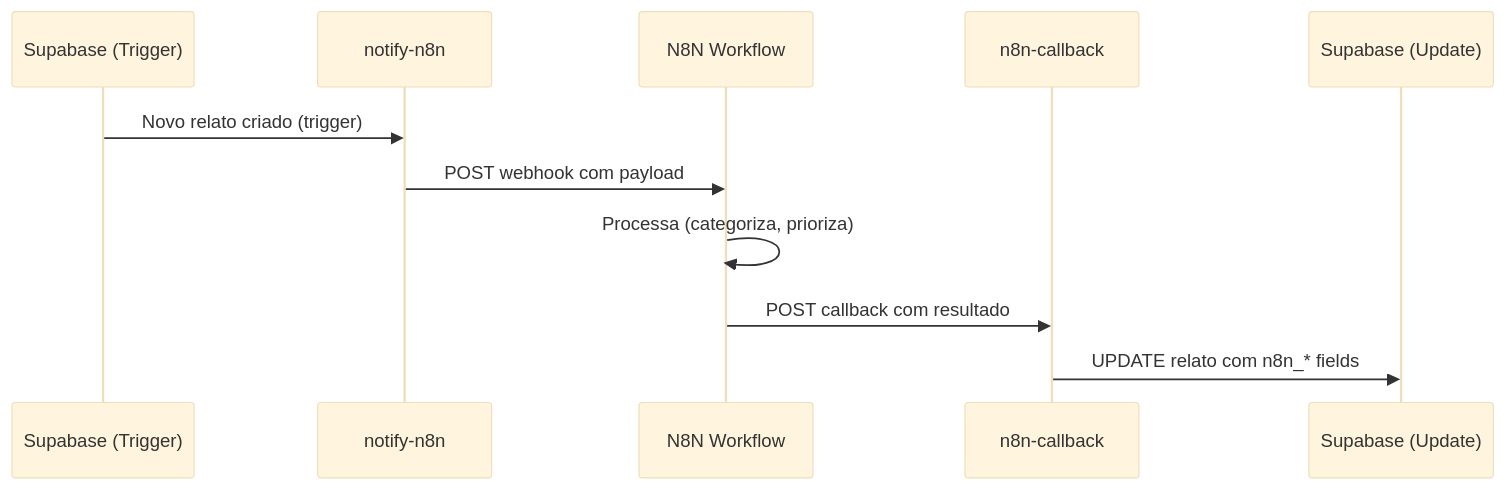
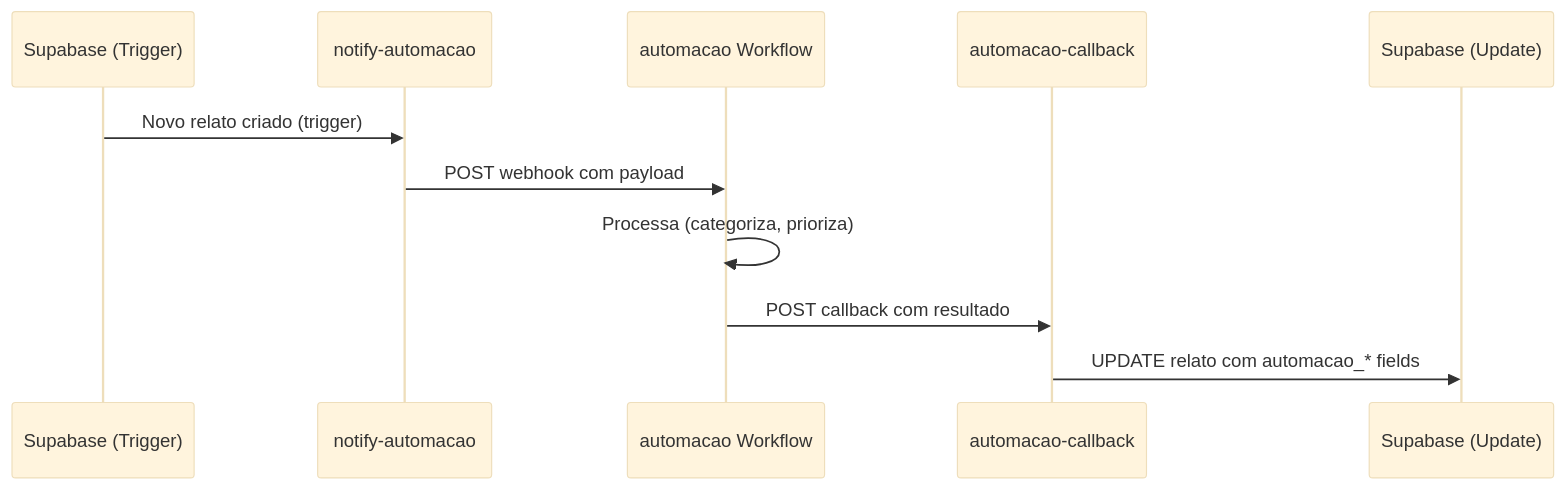
Before and after one commit to MTechnologia/camana-na-mao: the ninth of 21 diagrams in docs/AI_ORCHESTRATOR_SPECIFICATION.md, drawn with Mermaid (base theme). The commit also changed other lines of this file and 77 other files, not shown here.

````diff
--- a/docs/AI_ORCHESTRATOR_SPECIFICATION.md
+++ b/docs/AI_ORCHESTRATOR_SPECIFICATION.md
@@ -2733,14 +2733,14 @@
 ```mermaid
 sequenceDiagram
     participant BD as Supabase (Trigger)
-    participant EF as notify-n8n
-    participant N8N as N8N Workflow
-    participant CB as n8n-callback
+    participant EF as notify-automacao
+    participant automacao as automacao Workflow
+    participant CB as automacao-callback
     participant DB as Supabase (Update)
     
     BD->>EF: Novo relato criado (trigger)
-    EF->>N8N: POST webhook com payload
-    N8N->>N8N: Processa (categoriza, prioriza)
-    N8N->>CB: POST callback com resultado
-    CB->>DB: UPDATE relato com n8n_* fields
+    EF->>automacao: POST webhook com payload
+    automacao->>automacao: Processa (categoriza, prioriza)
+    automacao->>CB: POST callback com resultado
+    CB->>DB: UPDATE relato com automacao_* fields
 ```
````
